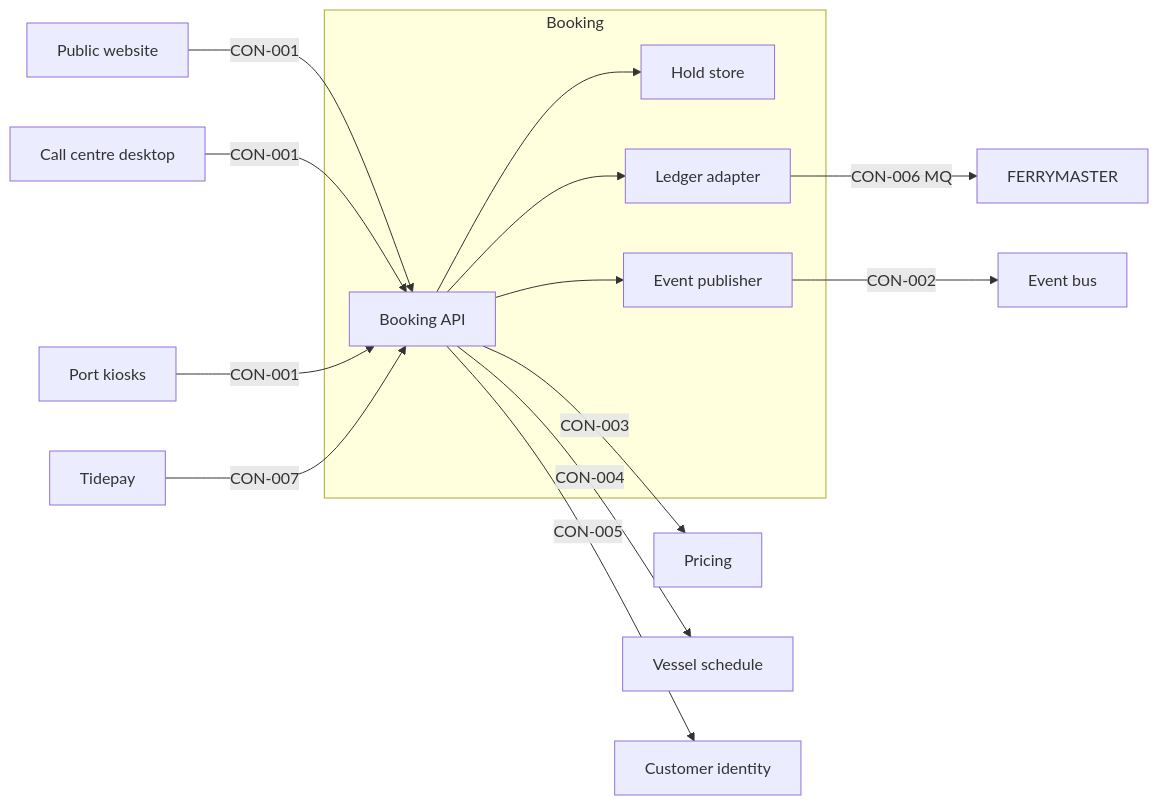
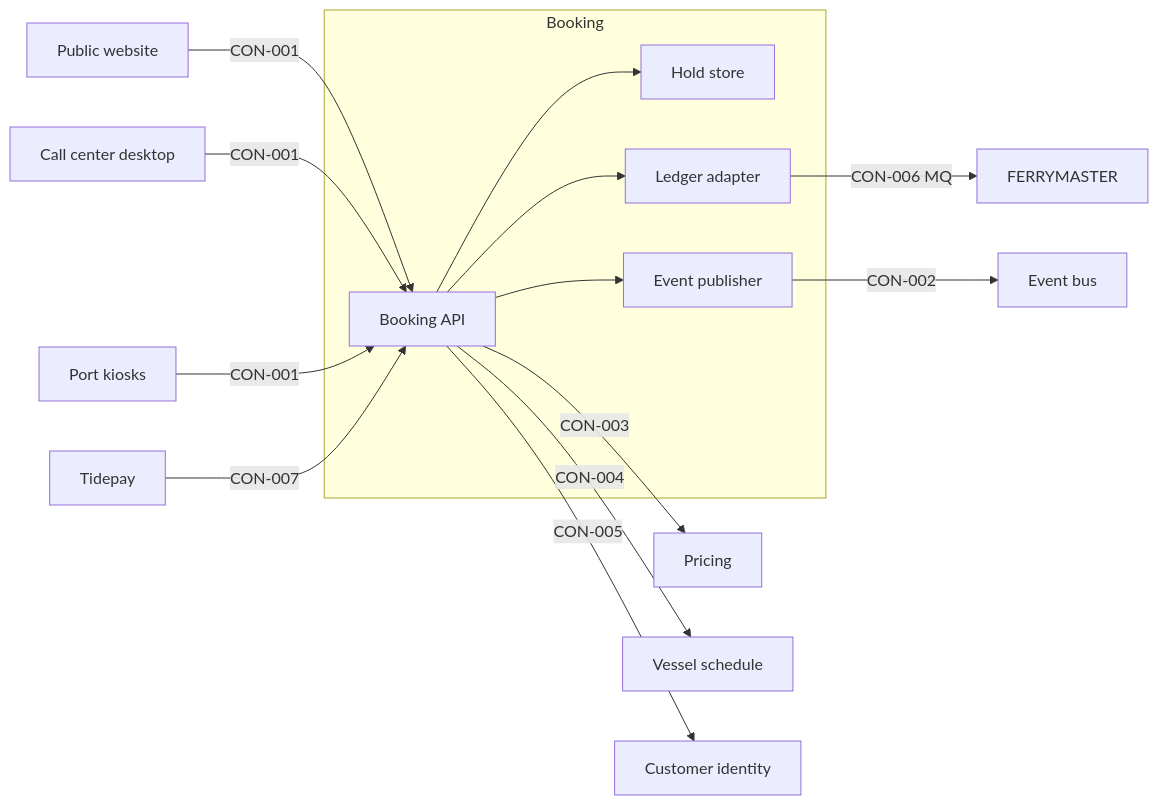
One commit to smalls257/vela changed the second of 2 diagrams in examples/unified-booking/05-building-blocks/booking-building-blocks.md. Above: the diagram before and after it, drawn with Mermaid. The commit also changed other lines of this file and 236 other files, not shown here.

````diff
--- a/examples/unified-booking/05-building-blocks/booking-building-blocks.md
+++ b/examples/unified-booking/05-building-blocks/booking-building-blocks.md
@@ -77,28 +77,28 @@
 ```mermaid
 flowchart LR
   web["Public website"]
-  cc["Call centre desktop"]
+  cc["Call center desktop"]
   kio["Port kiosks"]
   tp["Tidepay"]
   subgraph booking["Booking"]
     api["Booking API"]
     hold["Hold store"]
     led["Ledger adapter"]
     pub["Event publisher"]
   end
   pr["Pricing"]
   vs["Vessel schedule"]
   ci["Customer identity"]
   fm["FERRYMASTER"]
   bus["Event bus"]
   web & cc & kio -->|"CON-001"| api
   tp -->|"CON-007"| api
   api -->|"CON-003"| pr
   api -->|"CON-004"| vs
   api -->|"CON-005"| ci
   api --> hold
   api --> led
   api --> pub
   led -->|"CON-006 MQ"| fm
   pub -->|"CON-002"| bus
 ```
````
